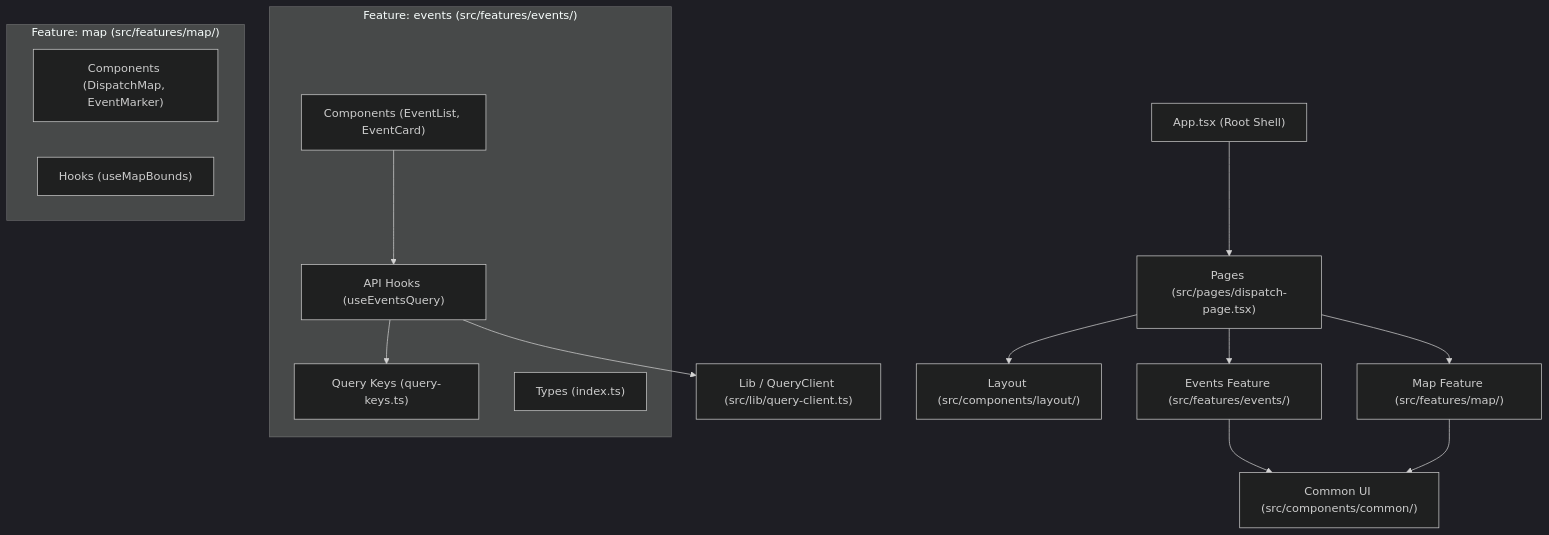
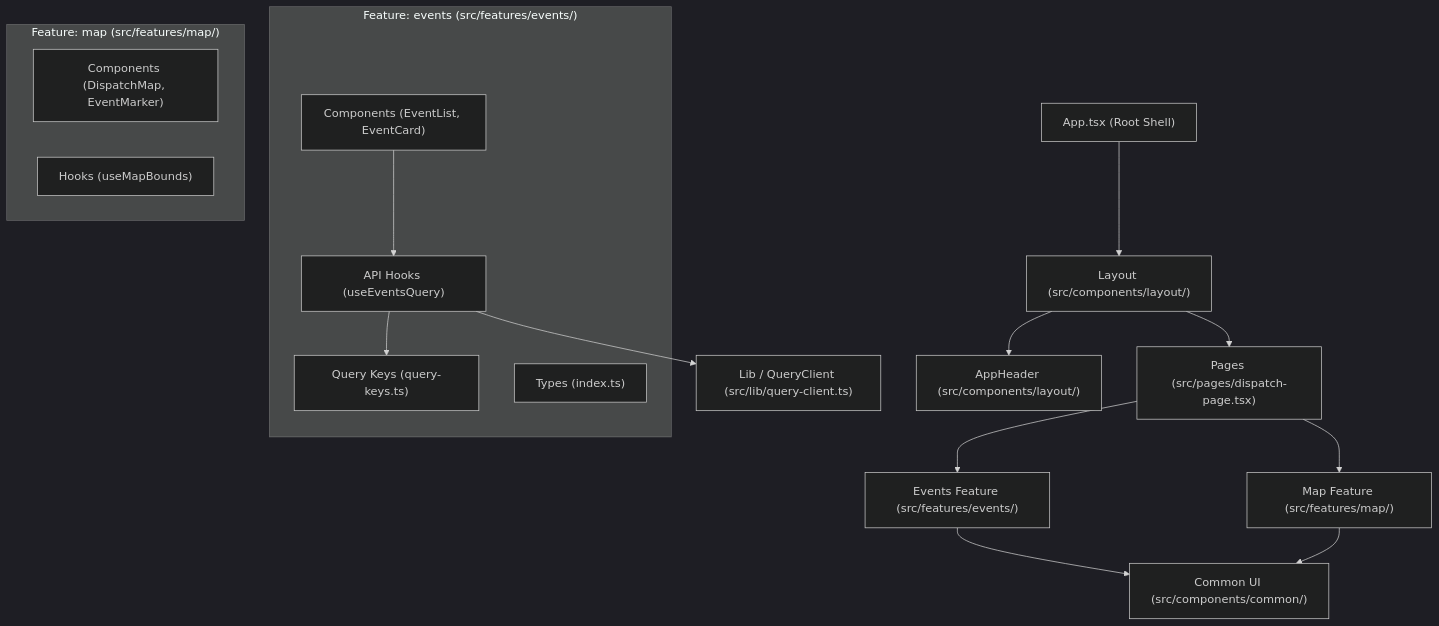
Before and after one commit to durid-ah/dispatch-map: the first of 2 diagrams in docs/web_package_structure_plan.md, drawn with Mermaid (dark theme). The commit also changed other lines of this file and 3 other files, not shown here.

````diff
--- a/docs/web_package_structure_plan.md
+++ b/docs/web_package_structure_plan.md
@@ -33,25 +29,26 @@
 ```mermaid
 graph TD
-    App["App.tsx (Root Shell)"] --> Page["Pages (src/pages/dispatch-page.tsx)"]
-    Page --> Layout["Layout (src/components/layout/)"]
+    App["App.tsx (Root Shell)"] --> Layout["Layout (src/components/layout/)"]
+    Layout --> Header["AppHeader (src/components/layout/)"]
+    Layout --> Page["Pages (src/pages/dispatch-page.tsx)"]
     Page --> EventFeature["Events Feature (src/features/events/)"]
     Page --> MapFeature["Map Feature (src/features/map/)"]
     
     subgraph "Feature: events (src/features/events/)"
         EventComp["Components (EventList, EventCard)"]
         EventHooks["API Hooks (useEventsQuery)"]
         EventKeys["Query Keys (query-keys.ts)"]
         EventTypes["Types (index.ts)"]
         EventComp --> EventHooks
         EventHooks --> EventKeys
     end
     
     subgraph "Feature: map (src/features/map/)"
         MapComp["Components (DispatchMap, EventMarker)"]
         MapHooks["Hooks (useMapBounds)"]
     end
     
     EventFeature --> CommonUI["Common UI (src/components/common/)"]
     MapFeature --> CommonUI
     EventHooks --> Lib["Lib / QueryClient (src/lib/query-client.ts)"]
 ```
````
